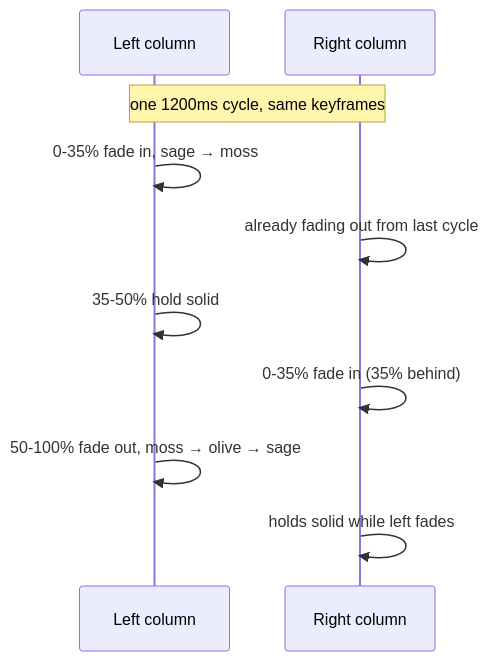
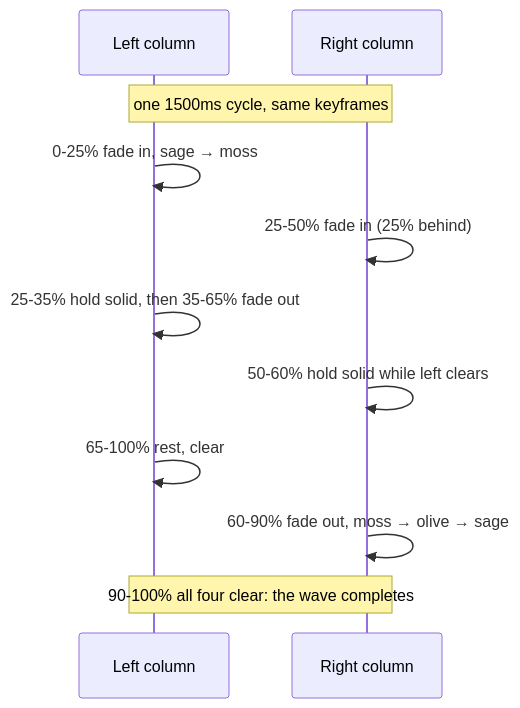
One commit to mite404/yaklabs changed diagram 21 of 21 in docs/FOR_ETHAN.md. Above: the diagram before and after it, drawn with Mermaid. The commit also changed other lines of this file, not shown here.

Commit message:
docs: note the rest beat in the working wave

````diff
--- a/docs/FOR_ETHAN.md
+++ b/docs/FOR_ETHAN.md
@@ -1903,12 +1903,13 @@
 ```mermaid
 sequenceDiagram
   participant L as Left column
   participant R as Right column
-  Note over L,R: one 1200ms cycle, same keyframes
-  L->>L: 0-35% fade in, sage → moss
-  R->>R: already fading out from last cycle
-  L->>L: 35-50% hold solid
-  R->>R: 0-35% fade in (35% behind)
-  L->>L: 50-100% fade out, moss → olive → sage
-  R->>R: holds solid while left fades
+  Note over L,R: one 1500ms cycle, same keyframes
+  L->>L: 0-25% fade in, sage → moss
+  R->>R: 25-50% fade in (25% behind)
+  L->>L: 25-35% hold solid, then 35-65% fade out
+  R->>R: 50-60% hold solid while left clears
+  L->>L: 65-100% rest, clear
+  R->>R: 60-90% fade out, moss → olive → sage
+  Note over L,R: 90-100% all four clear: the wave completes
 ```
````
